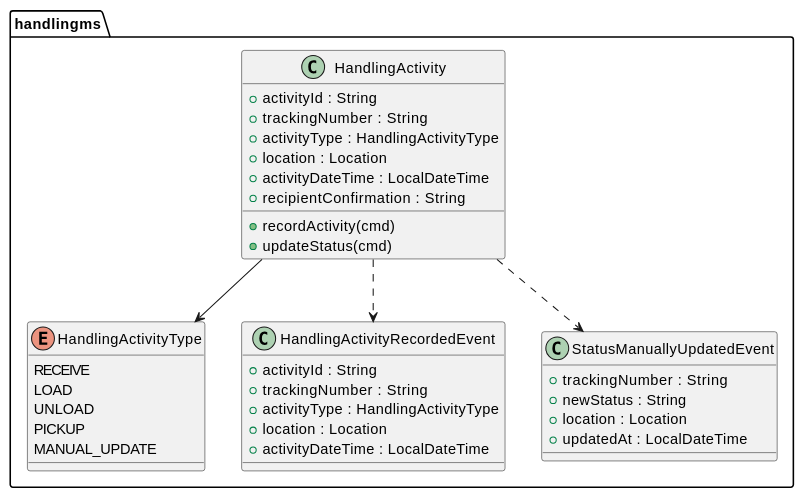
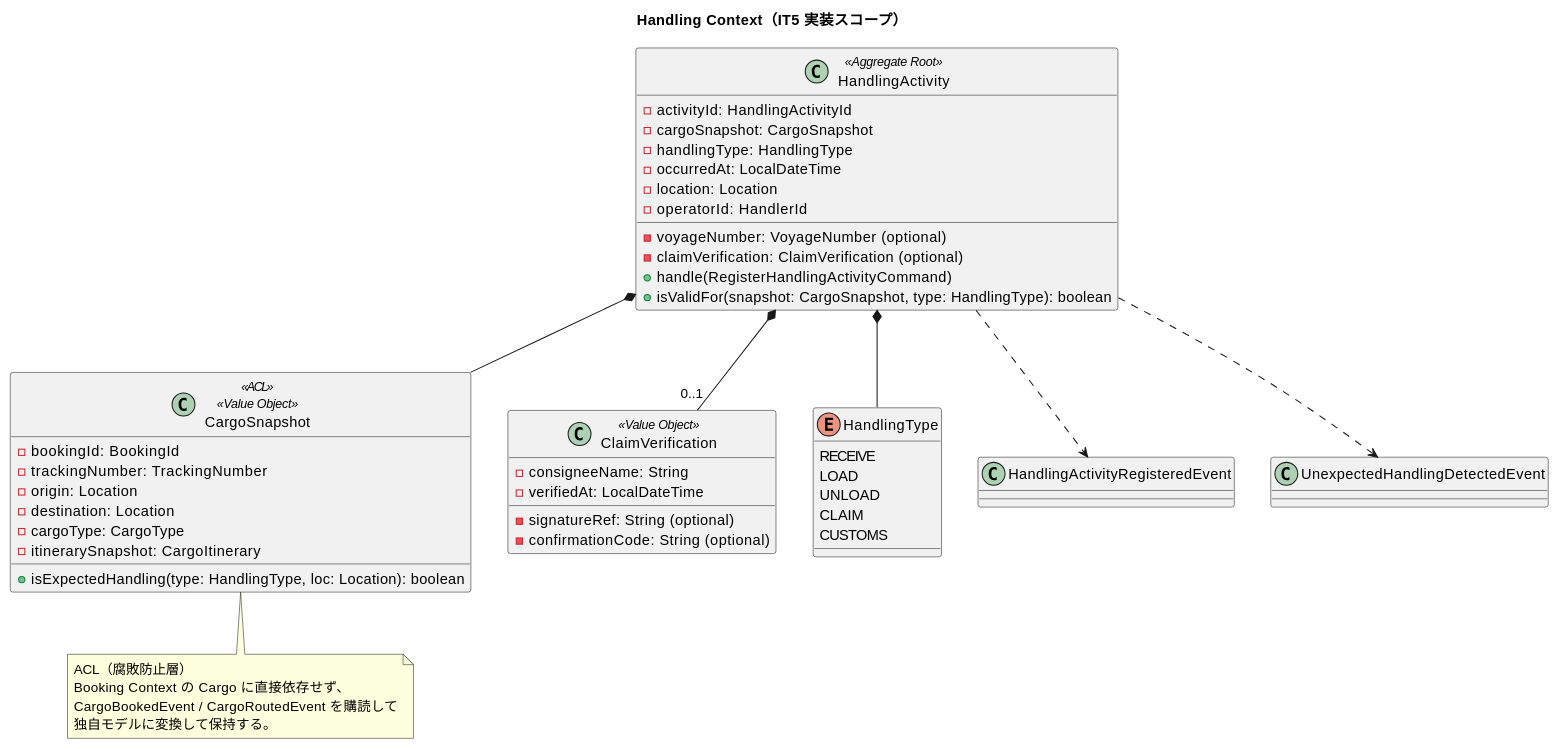
One commit to k2works/case-study-cargo-tracker changed the third of 4 diagrams in docs/development/iteration_plan-5.md. Above: the diagram before and after it, drawn with PlantUML. The commit also changed other lines of this file, not shown here.

````diff
--- a/docs/development/iteration_plan-5.md
+++ b/docs/development/iteration_plan-5.md
@@ -236,43 +238,56 @@
 ```plantuml
 @startuml
-package handlingms {
-  class HandlingActivity {
-    +activityId : String
-    +trackingNumber : String
-    +activityType : HandlingActivityType
-    +location : Location
-    +activityDateTime : LocalDateTime
-    +recipientConfirmation : String
-    +recordActivity(cmd)
-    +updateStatus(cmd)
-  }
+title Handling Context（IT5 実装スコープ）
 
-  enum HandlingActivityType {
-    RECEIVE
-    LOAD
-    UNLOAD
-    PICKUP
-    MANUAL_UPDATE
-  }
-
-  class HandlingActivityRecordedEvent {
-    +activityId : String
-    +trackingNumber : String
-    +activityType : HandlingActivityType
-    +location : Location
-    +activityDateTime : LocalDateTime
-  }
-
-  class StatusManuallyUpdatedEvent {
-    +trackingNumber : String
-    +newStatus : String
-    +location : Location
-    +updatedAt : LocalDateTime
-  }
+class HandlingActivity <<Aggregate Root>> {
+  - activityId: HandlingActivityId
+  - cargoSnapshot: CargoSnapshot
+  - handlingType: HandlingType
+  - occurredAt: LocalDateTime
+  - location: Location
+  - voyageNumber: VoyageNumber (optional)
+  - operatorId: HandlerId
+  - claimVerification: ClaimVerification (optional)
+  + handle(RegisterHandlingActivityCommand)
+  + isValidFor(snapshot: CargoSnapshot, type: HandlingType): boolean
 }
 
-HandlingActivity --> HandlingActivityType
-HandlingActivity ..> HandlingActivityRecordedEvent
-HandlingActivity ..> StatusManuallyUpdatedEvent
+class CargoSnapshot <<ACL>> <<Value Object>> {
+  - bookingId: BookingId
+  - trackingNumber: TrackingNumber
+  - origin: Location
+  - destination: Location
+  - cargoType: CargoType
+  - itinerarySnapshot: CargoItinerary
+  + isExpectedHandling(type: HandlingType, loc: Location): boolean
+}
+
+class ClaimVerification <<Value Object>> {
+  - consigneeName: String
+  - signatureRef: String (optional)
+  - confirmationCode: String (optional)
+  - verifiedAt: LocalDateTime
+}
+
+enum HandlingType {
+  RECEIVE
+  LOAD
+  UNLOAD
+  CLAIM
+  CUSTOMS
+}
+
+HandlingActivity *-- CargoSnapshot
+HandlingActivity *-- HandlingType
+HandlingActivity *-- "0..1" ClaimVerification
+HandlingActivity ..> HandlingActivityRegisteredEvent
+HandlingActivity ..> UnexpectedHandlingDetectedEvent
+
+note bottom of CargoSnapshot
+  ACL（腐敗防止層）
+  Booking Context の Cargo に直接依存せず、
+  CargoBookedEvent / CargoRoutedEvent を購読して
+  独自モデルに変換して保持する。
+end note
 @enduml
 ```
````
